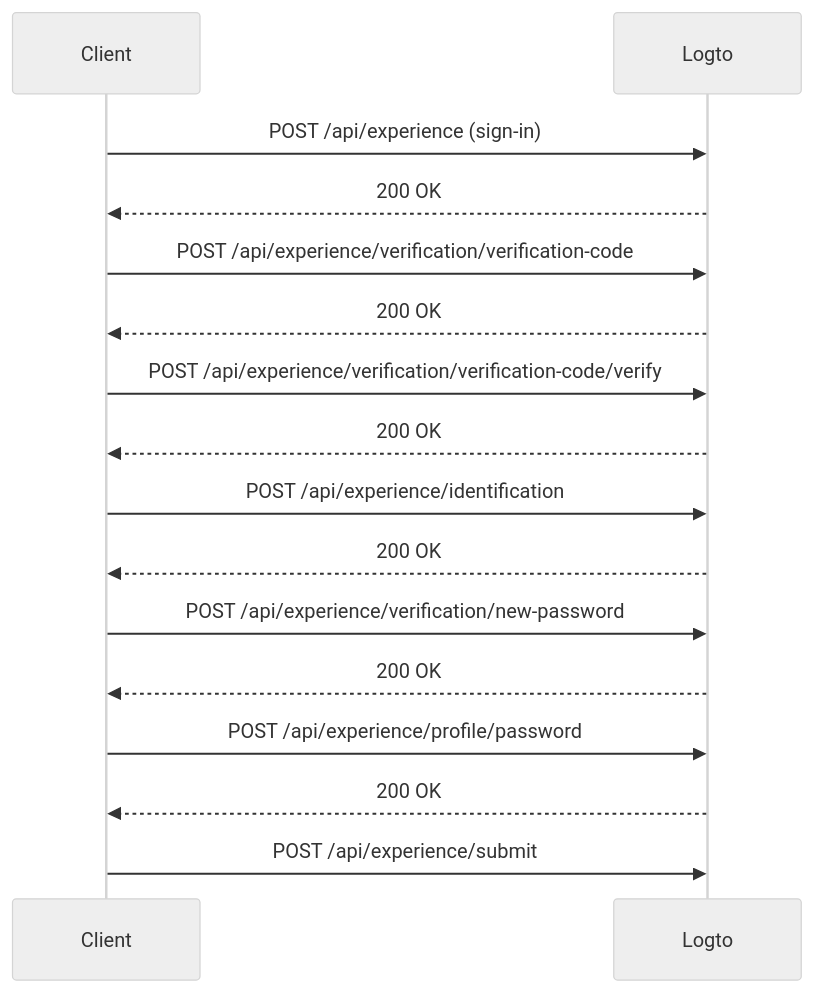
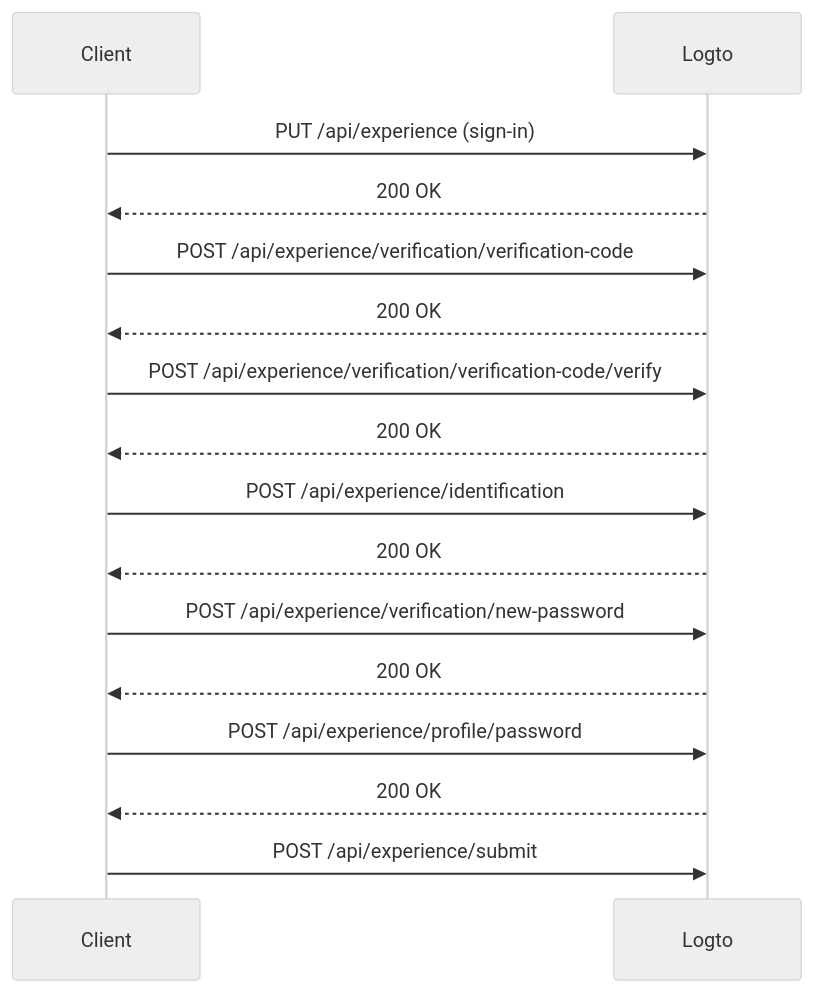
One commit to logto-io/rfcs changed the fifth of 17 diagrams in draft/0004-experience-api.md. Above: the diagram before and after it, drawn with Mermaid (neutral theme). The commit also changed other lines of this file, not shown here.

First line of the commit message:
refactor: update api method

````diff
--- a/draft/0004-experience-api.md
+++ b/draft/0004-experience-api.md
@@ -724,19 +724,19 @@
 ```mermaid
 sequenceDiagram
     participant C as Client
     participant L as Logto
 
-    C->>L: POST /api/experience (sign-in)
+    C->>L: PUT /api/experience (sign-in)
     L-->>C: 200 OK
     C->>L: POST /api/experience/verification/verification-code
     L-->>C: 200 OK
     C->>L: POST /api/experience/verification/verification-code/verify
     L-->>C: 200 OK
     C->>L: POST /api/experience/identification
     L-->>C: 200 OK
     C->>L: POST /api/experience/verification/new-password
     L-->>C: 200 OK
     C->>L: POST /api/experience/profile/password
     L-->>C: 200 OK
     C->>L: POST /api/experience/submit
 ```
````
